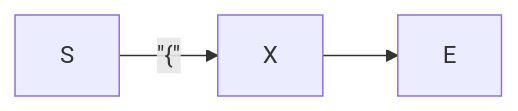
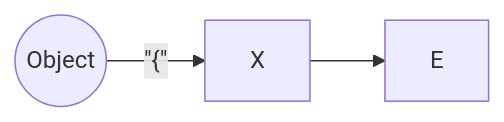
Before and after one commit to vczh-websites/vczh: the first of 2 diagrams in Blog/GLR-Refactoring/README.md, drawn with Mermaid.

````diff
--- a/Blog/GLR-Refactoring/README.md
+++ b/Blog/GLR-Refactoring/README.md
@@ -45,5 +45,5 @@
 ```mermaid
 graph LR;
-  S-- #quot;{#quot; -->X;
+  S((Object))-- #quot;{#quot; -->X;
   X-->E;
 ```
````
